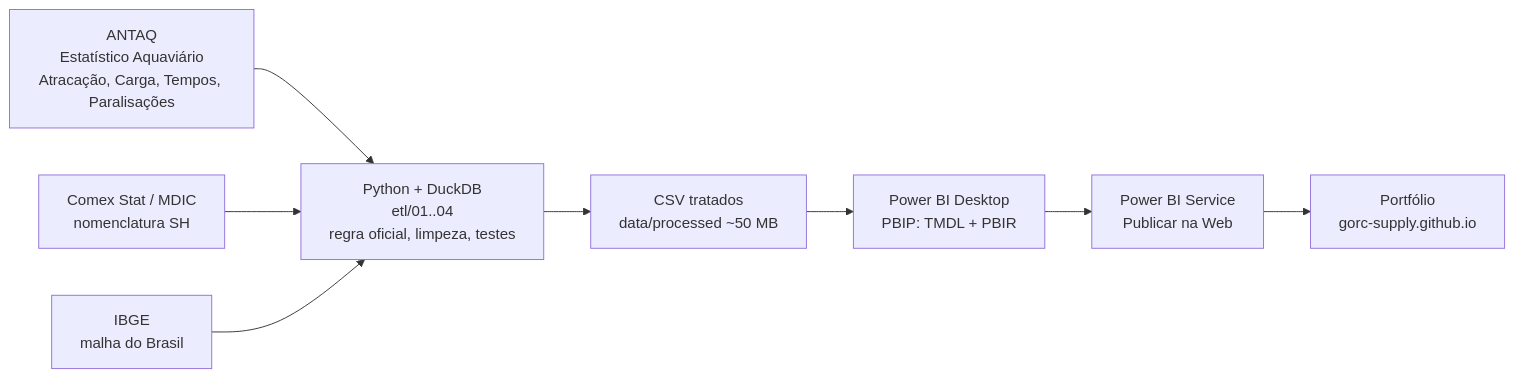
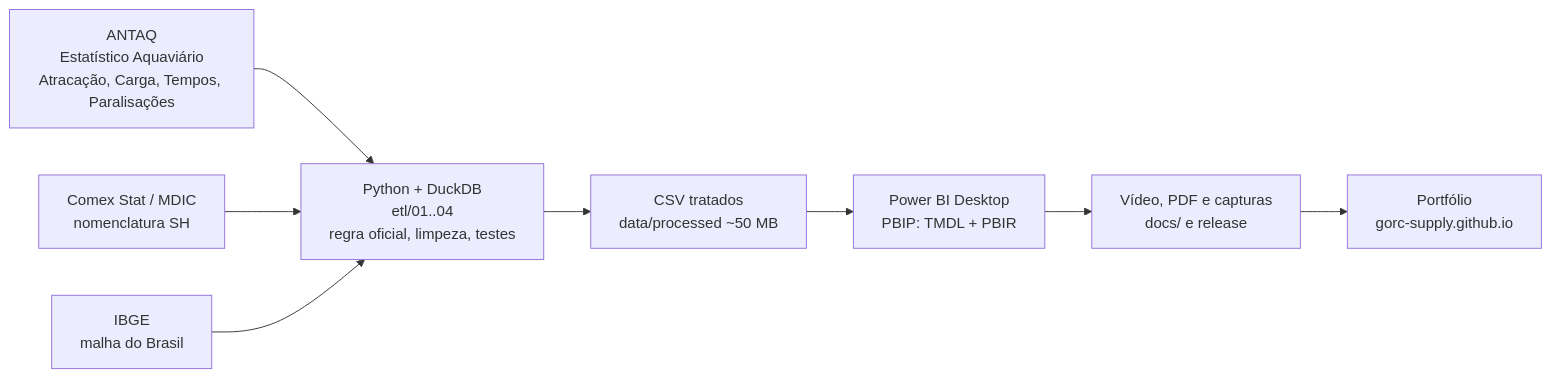
One commit to gorc-supply/raio-x-portuario changed the first of 2 diagrams in README.md. Above: the diagram before and after it, drawn with Mermaid. The commit also changed other lines of this file and 5 other files, not shown here.

````diff
--- a/README.md
+++ b/README.md
@@ -48,10 +45,10 @@
 ```mermaid
 flowchart LR
     A[ANTAQ<br/>Estatístico Aquaviário<br/>Atracação, Carga, Tempos, Paralisações] --> B[Python + DuckDB<br/>etl/01..04<br/>regra oficial, limpeza, testes]
     S[Comex Stat / MDIC<br/>nomenclatura SH] --> B
     I[IBGE<br/>malha do Brasil] --> B
     B --> C[CSV tratados<br/>data/processed ~50 MB]
     C --> D[Power BI Desktop<br/>PBIP: TMDL + PBIR]
-    D --> E[Power BI Service<br/>Publicar na Web]
+    D --> E[Vídeo, PDF e capturas<br/>docs/ e release]
     E --> F[Portfólio<br/>gorc-supply.github.io]
 ```
````
